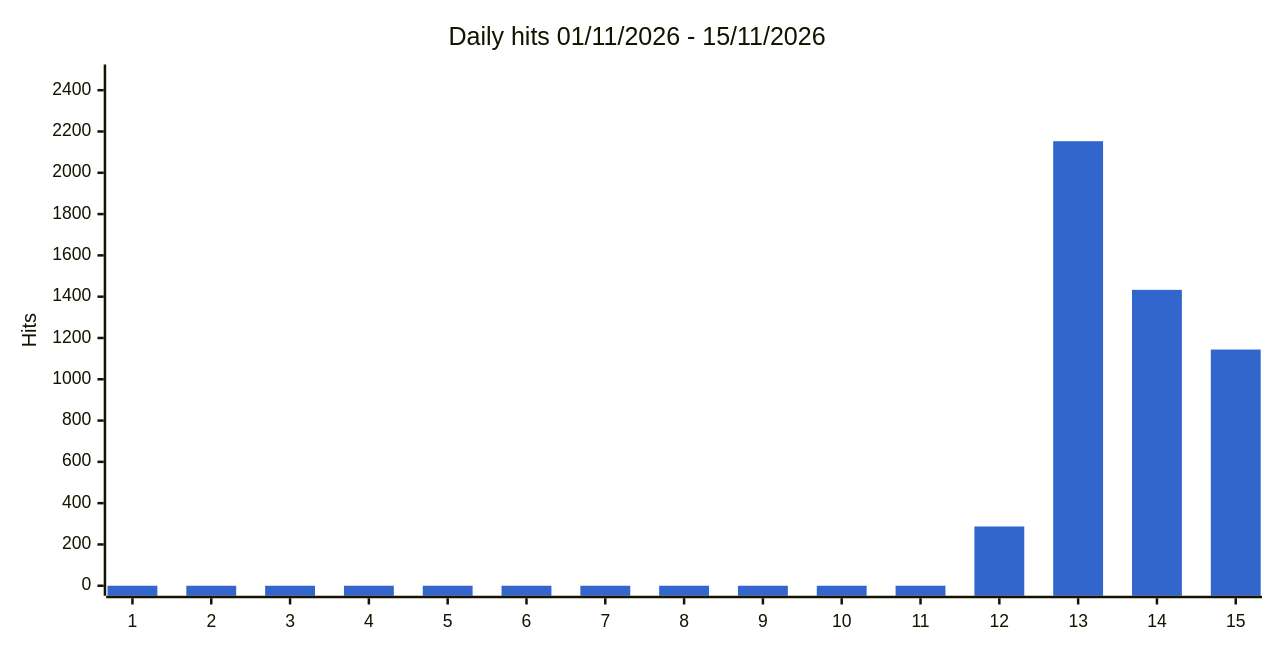
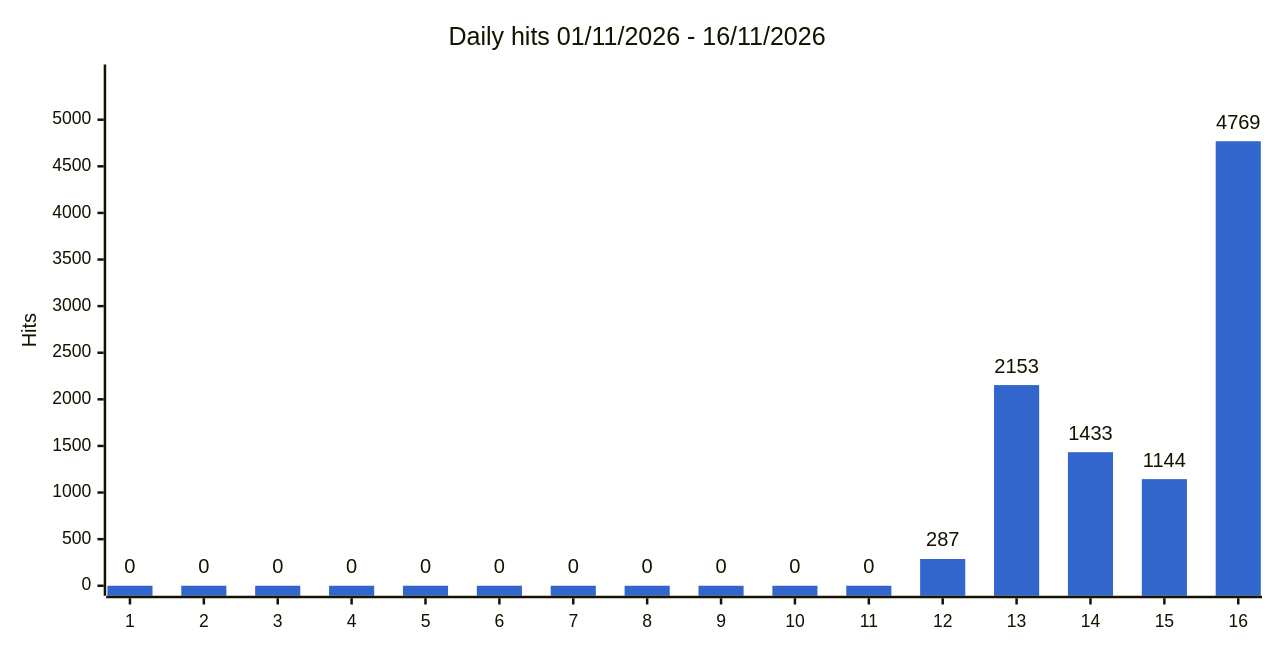
Before and after one commit to gmoulard/wikipedia2book: the second of 3 diagrams in docs/stats.md, drawn with Mermaid. The commit also changed other lines of this file and 2 other files, not shown here.

Commit message:
stats: daily 2026-11-17 08:24 UTC

````diff
--- a/docs/stats.md
+++ b/docs/stats.md
@@ -28,8 +28,8 @@
 ```mermaid
 %%{init: {"xyChart": {"width": 1000, "showDataLabel": true, "showDataLabelOutsideBar": true}, "themeVariables": {"xyChart": {"plotColorPalette": "#3366cc"}}}}%%
 xychart-beta
-    title "Daily hits 01/11/2026 - 15/11/2026"
-    x-axis ["1", "2", "3", "4", "5", "6", "7", "8", "9", "10", "11", "12", "13", "14", "15"]
-    y-axis "Hits" 0 --> 2476
-    bar [0, 0, 0, 0, 0, 0, 0, 0, 0, 0, 0, 287, 2153, 1433, 1144]
+    title "Daily hits 01/11/2026 - 16/11/2026"
+    x-axis ["1", "2", "3", "4", "5", "6", "7", "8", "9", "10", "11", "12", "13", "14", "15", "16"]
+    y-axis "Hits" 0 --> 5485
+    bar [0, 0, 0, 0, 0, 0, 0, 0, 0, 0, 0, 287, 2153, 1433, 1144, 4769]
 ```
````
